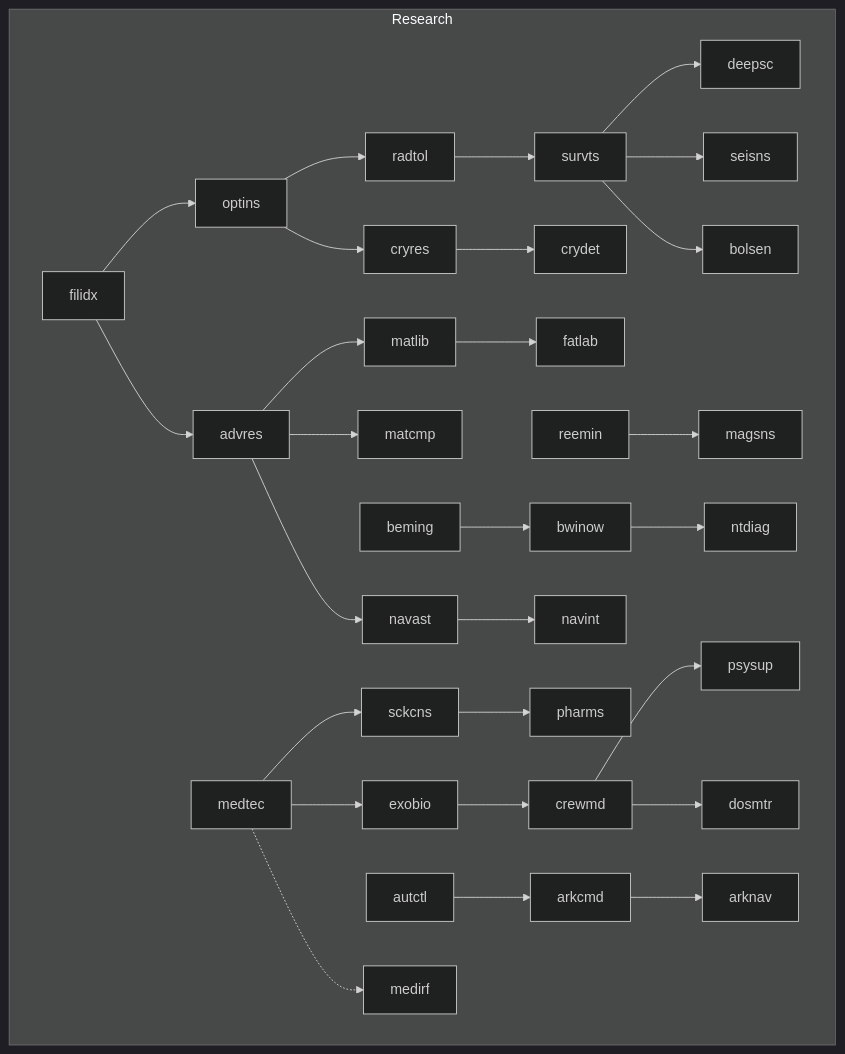
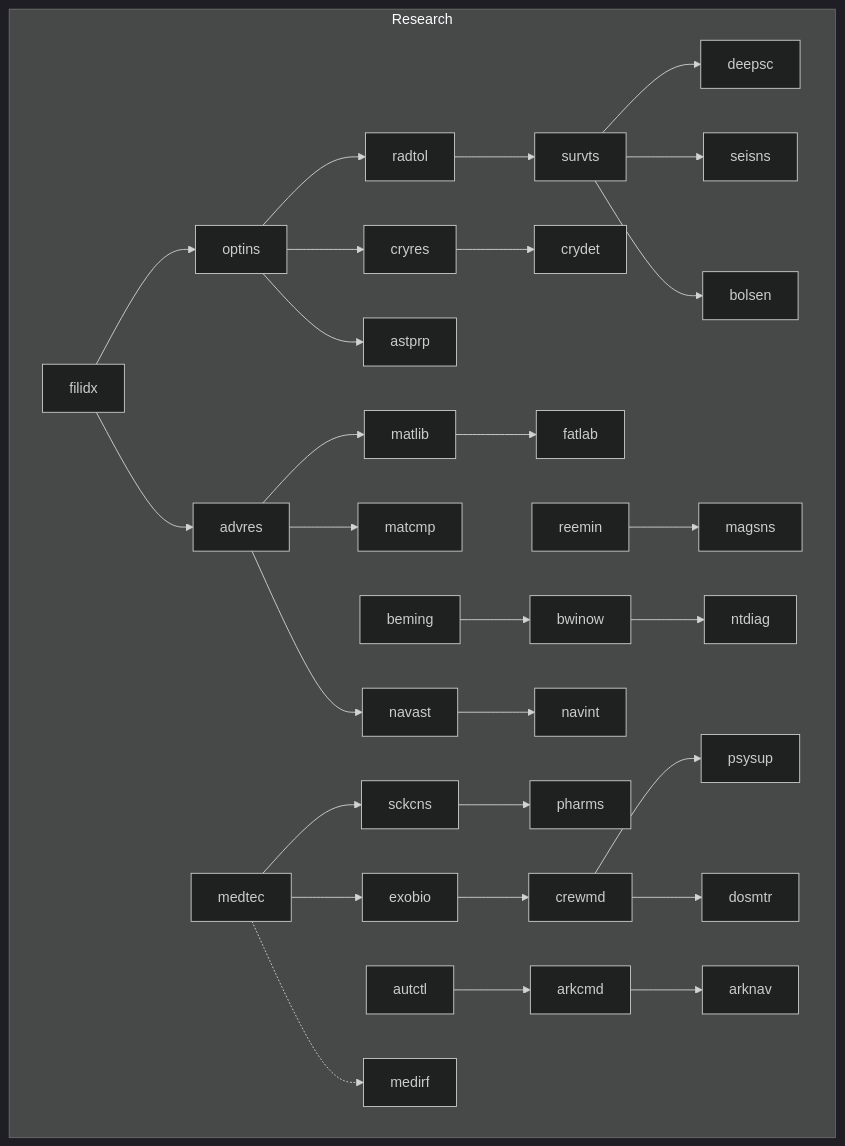
Before and after one commit to sentinemodo/SpaceAge-2024: the third of 4 diagrams in designer/technology.md, drawn with Mermaid (dark theme). The commit also changed other lines of this file and 28 other files, not shown here.

````diff
--- a/designer/technology.md
+++ b/designer/technology.md
@@ -147,22 +155,23 @@
 ```mermaid
 flowchart TB
   subgraph res["Research"]
     filidx --> optins --> radtol --> survts --> deepsc
     filidx --> advres --> matlib
     advres --> matcmp
     optins --> cryres --> crydet
     survts --> seisns
     survts --> bolsen
+    optins --> astprp
     beming --> bwinow
     reemin --> magsns
     bwinow --> ntdiag
     medtec --> sckcns --> pharms
     medtec --> exobio --> crewmd
     crewmd --> psysup
     medtec -.-> medirf
     autctl --> arkcmd --> arknav
     crewmd --> dosmtr
     advres --> navast --> navint
     matlib --> fatlab
   end
 ```
````
